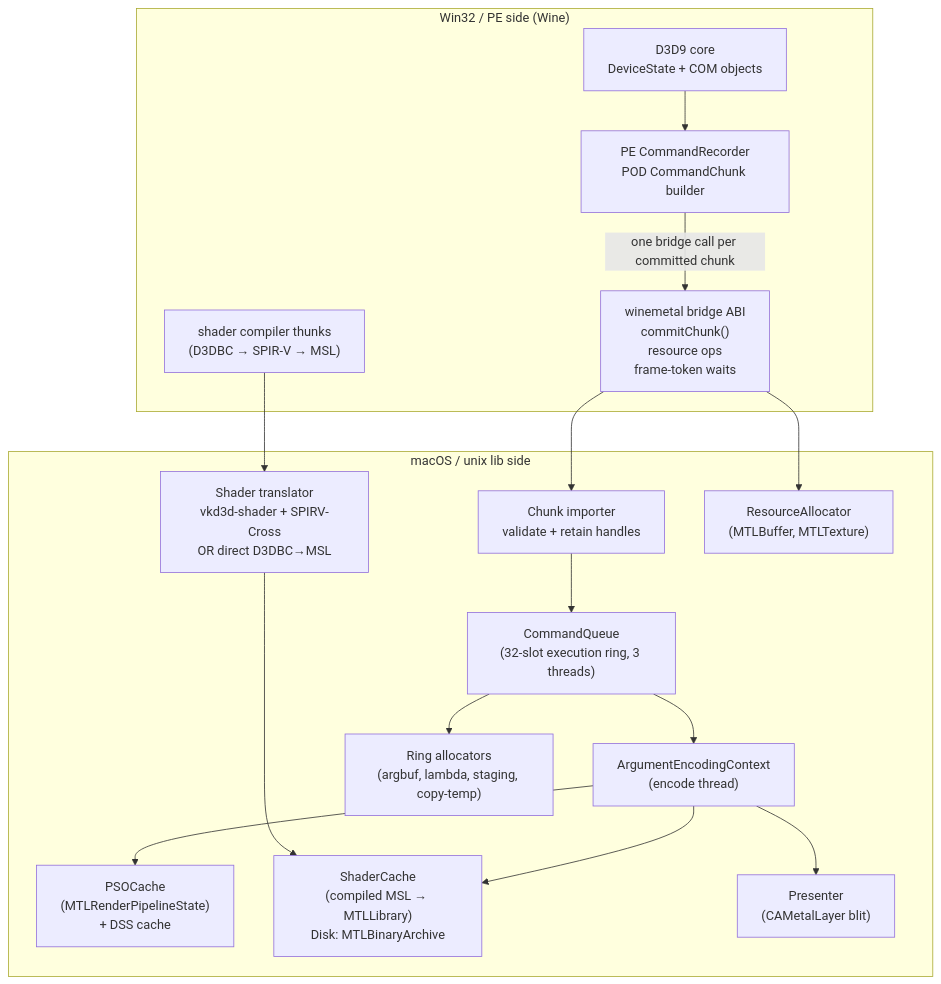
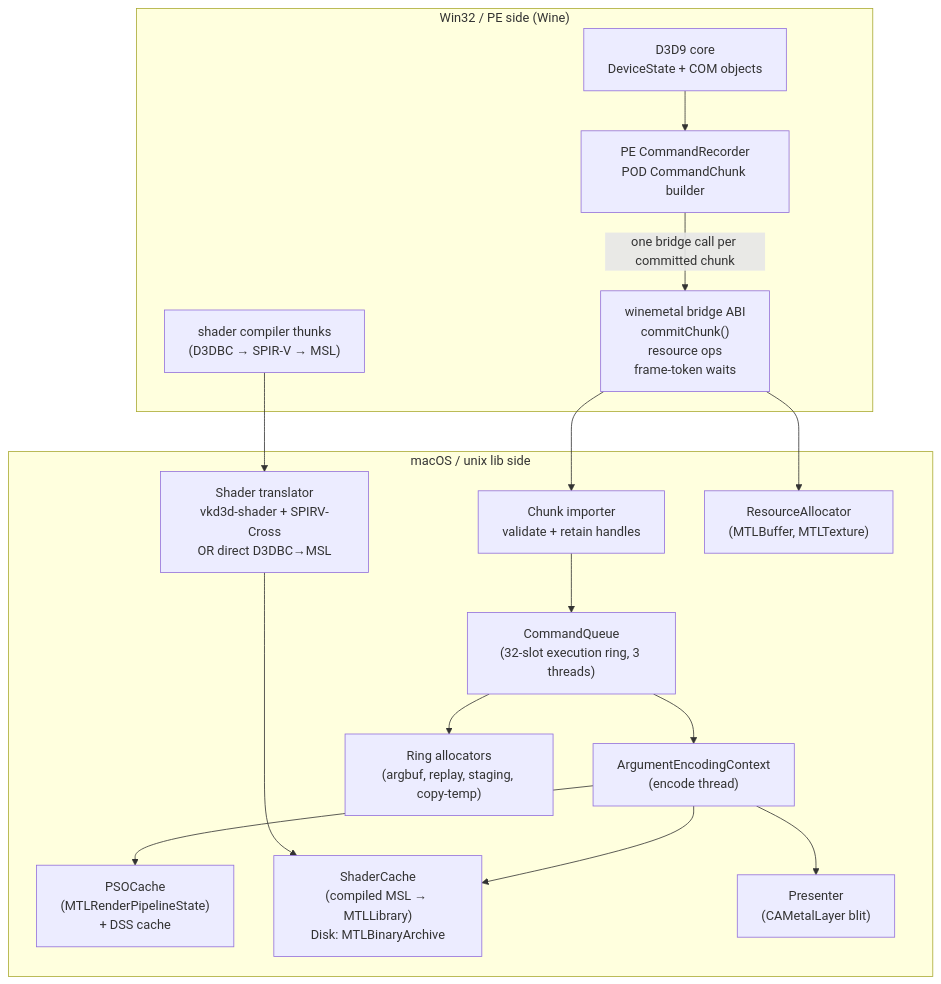
Before and after one commit to dfdgsdfg/dxmt9: the first of 12 diagrams in specs/backend/design.md, drawn with Mermaid. The commit also changed other lines of this file and 40 other files, not shown here.

````diff
--- a/specs/backend/design.md
+++ b/specs/backend/design.md
@@ -7,34 +7,34 @@
 ```mermaid
 graph TD
     subgraph PE["Win32 / PE side (Wine)"]
         CORE["D3D9 core\nDeviceState + COM objects"]
         REC["PE CommandRecorder\nPOD CommandChunk builder"]
         THUNKS["winemetal bridge ABI\ncommitChunk()\nresource ops\nframe-token waits"]
         SHADER_THUNK["shader compiler thunks\n(D3DBC → SPIR-V → MSL)"]
     end
 
     subgraph Unix["macOS / unix lib side"]
         IMPORT["Chunk importer\nvalidate + retain handles"]
         CQ["CommandQueue\n(32-slot execution ring, 3 threads)"]
         AEC["ArgumentEncodingContext\n(encode thread)"]
-        ALLOC["Ring allocators\n(argbuf, lambda, staging, copy-temp)"]
+        ALLOC["Ring allocators\n(argbuf, replay, staging, copy-temp)"]
         PSO["PSOCache\n(MTLRenderPipelineState)\n+ DSS cache"]
         SHAD["ShaderCache\n(compiled MSL → MTLLibrary)\nDisk: MTLBinaryArchive"]
         TRANS["Shader translator\nvkd3d-shader + SPIRV-Cross\nOR direct D3DBC→MSL"]
         PRES["Presenter\n(CAMetalLayer blit)"]
         RESALLOC["ResourceAllocator\n(MTLBuffer, MTLTexture)"]
     end
 
     CORE --> REC
     REC -->|one bridge call per committed chunk| THUNKS
     THUNKS --> IMPORT
     IMPORT --> CQ
     THUNKS --> RESALLOC
     SHADER_THUNK --> TRANS
     TRANS --> SHAD
     CQ --> AEC
     CQ --> ALLOC
     AEC --> PSO
     AEC --> SHAD
     AEC --> PRES
 ```
````
